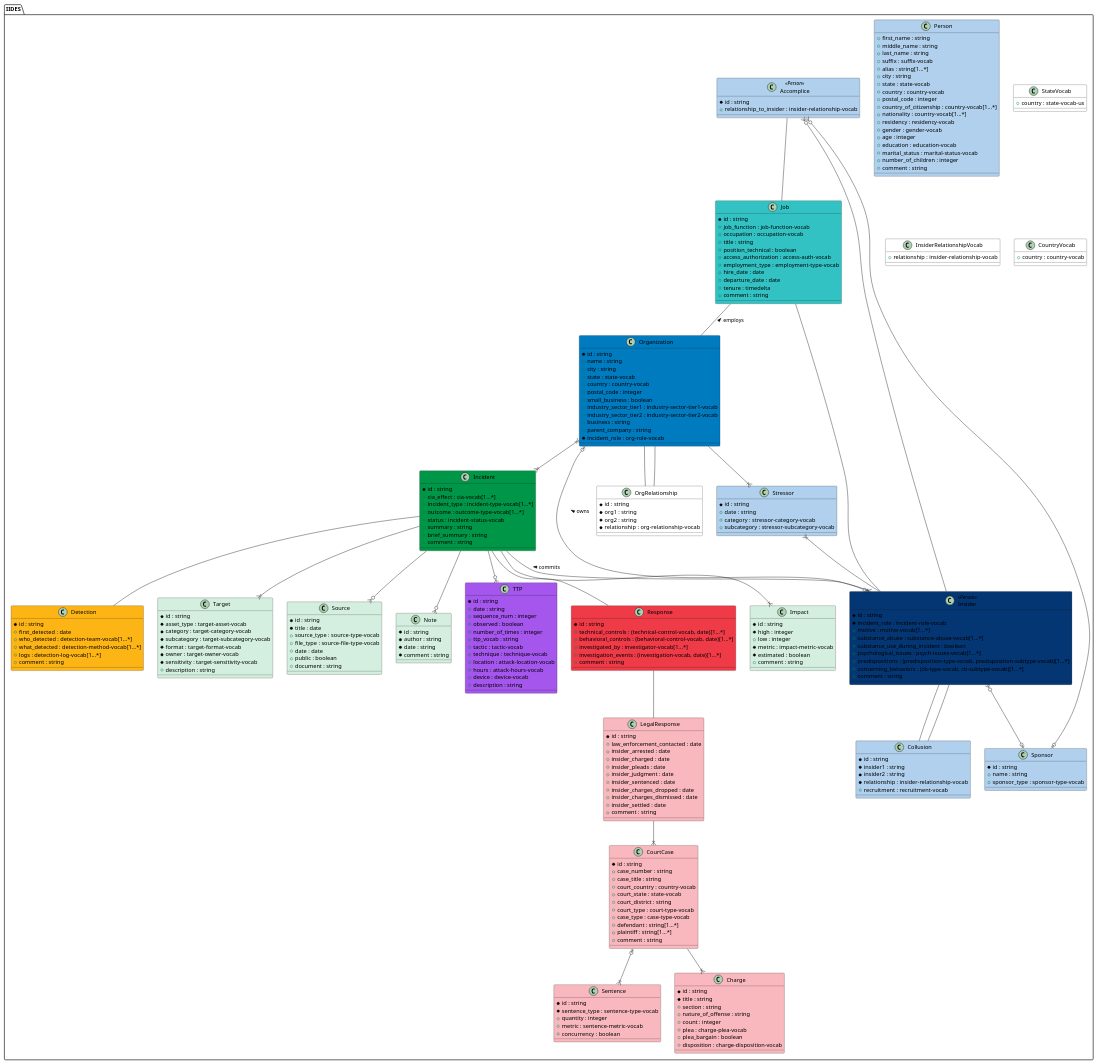
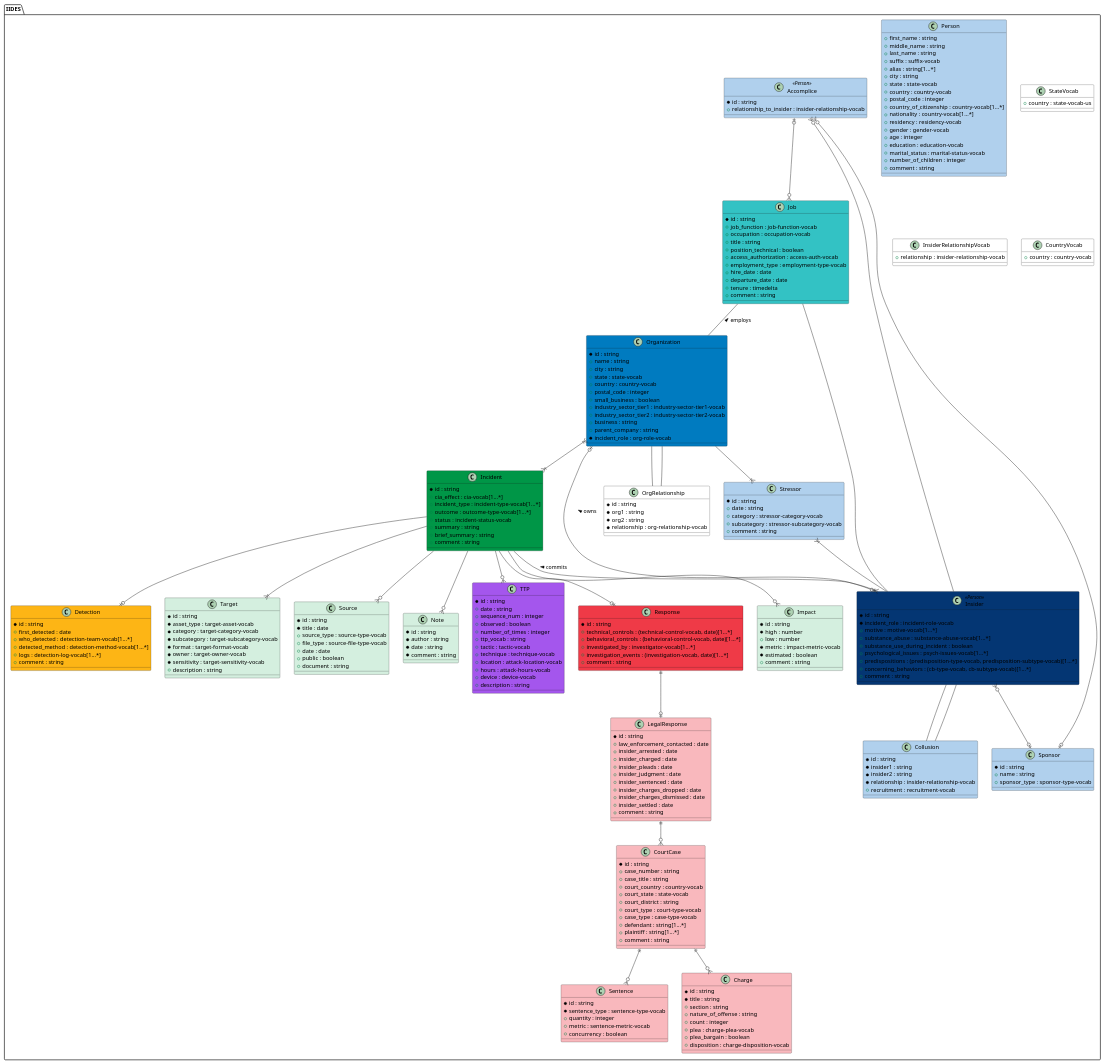
The diagram in UML/source/iides.wsd (cmu-sei/iides), drawn with PlantUML before and after one commit. The commit also changed 3 other files, not shown here.

```diff
--- a/UML/source/iides.wsd
+++ b/UML/source/iides.wsd
@@ -12,6 +12,7 @@
 	+ date : string 
 	+ category : stressor-category-vocab 
 	+ subcategory : stressor-subcategory-vocab 
+	+ comment : string 
 }
 class Accomplice <<Person>> #b0d0ed {
 	* id : string 
@@ -131,8 +132,8 @@
 }
 class Impact #D4EFDF {
 	* id : string 
-	* high : integer 
-	+ low : integer 
+	* high : number 
+	+ low : number 
 	* metric : impact-metric-vocab 
 	* estimated : boolean 
 	+ comment : string 
@@ -187,7 +188,7 @@
 	* id : string 
 	+ first_detected : date 
 	+ who_detected : detection-team-vocab[1...*] 
-	+ what_detected : detection-method-vocab[1...*] 
+	+ detected_method : detection-method-vocab[1...*] 
 	+ logs : detection-log-vocab[1...*] 
 	+ comment : string 
 }
@@ -216,7 +217,7 @@
 
     Insider --o{ Accomplice
     Incident --|{ Insider : commits <
-    Accomplice -- Job
+    Accomplice |o--o{ Job
     Job -- Organization : employs <
     Insider -- Job
     Organization }|--|{ Incident
@@ -227,16 +228,16 @@
     Insider |o--o| Organization : owns >
     Insider -- Collusion
     Collusion -- Insider
-    Incident --|{ Impact
+    Incident --o{ Impact
     Incident --|{ Target
     Incident --o{ Source
     Incident --o{ Note
-    CourtCase --|{ Charge
-    CourtCase |o--|{ Sentence
-    Incident -- Detection
-    Incident -- Response
-    Response -- LegalResponse
-    LegalResponse --|{ CourtCase
+    CourtCase ||--o{ Charge
+    CourtCase ||--o{ Sentence
+    Incident --o| Detection
+    Incident --o| Response
+    Response ||--o| LegalResponse
+    LegalResponse ||--o{ CourtCase
     Organization --|{ Stressor
     Stressor }|-- Insider
     Incident --o{ TTP
```
